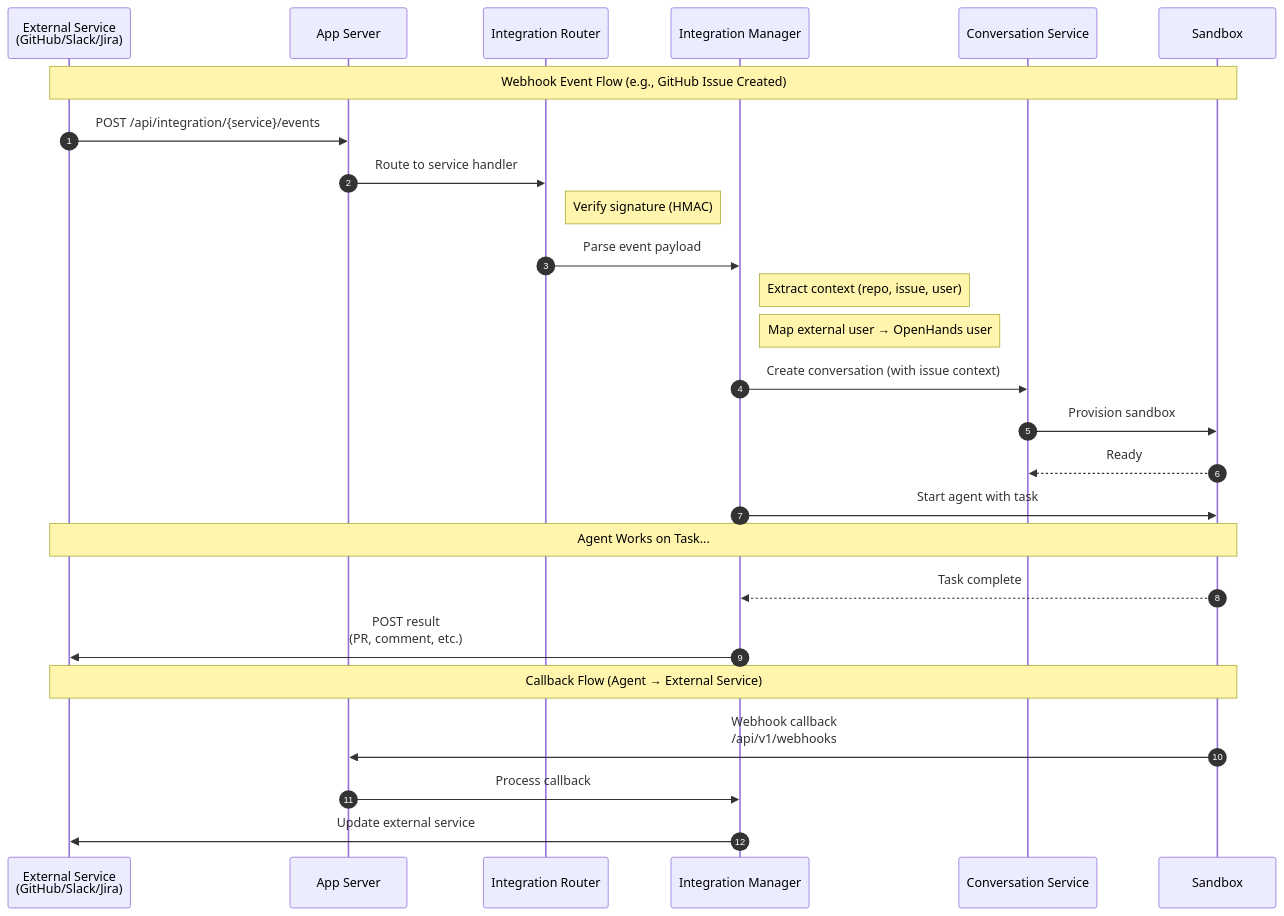
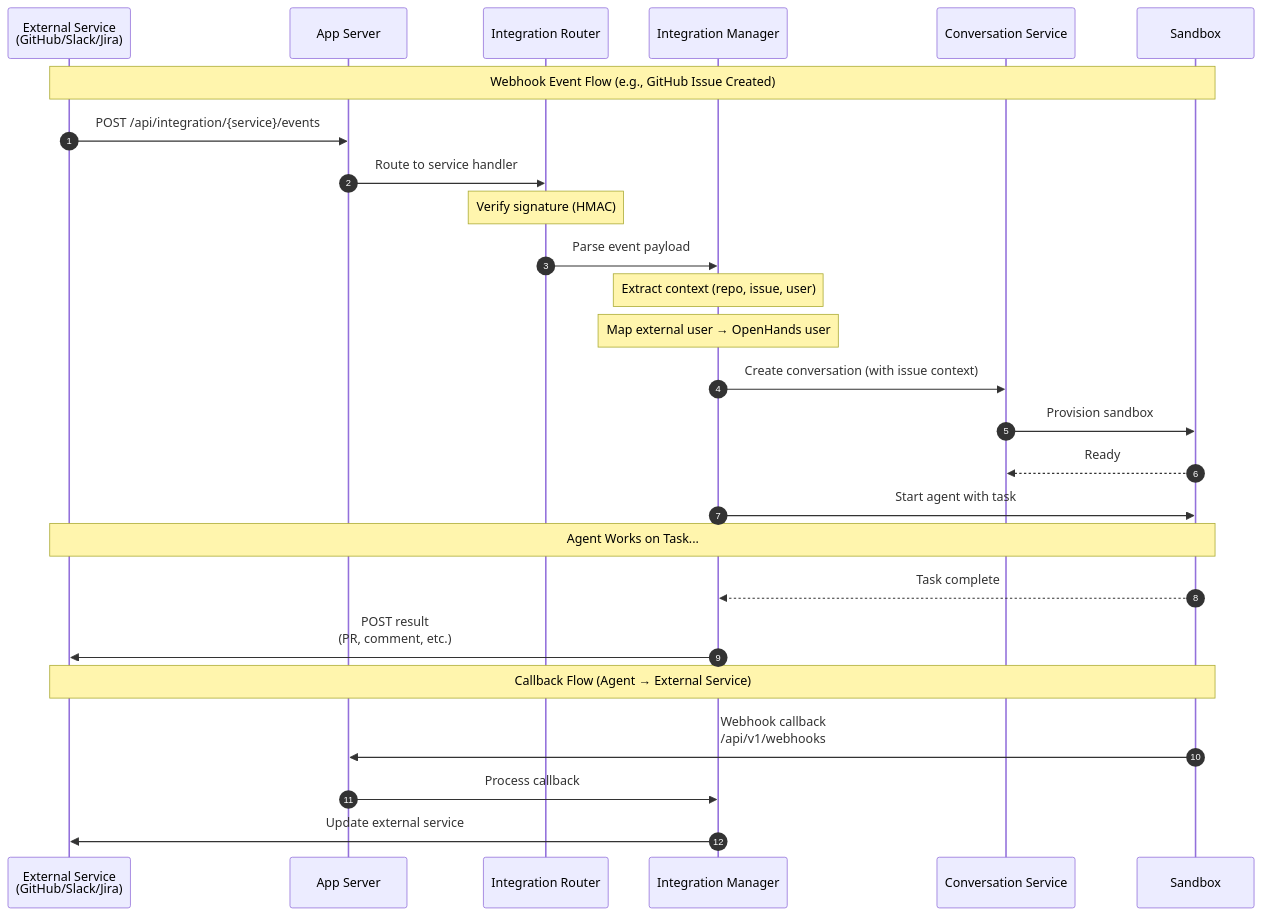
One commit to huangkevin-apr/OpenHands changed the diagram in enterprise/doc/architecture/external-integrations.md. Above: the diagram before and after it, drawn with Mermaid. The commit also changed 3 other files, not shown here.

````diff
--- a/enterprise/doc/architecture/external-integrations.md
+++ b/enterprise/doc/architecture/external-integrations.md
@@ -5,37 +5,37 @@
 ```mermaid
 sequenceDiagram
     autonumber
     participant Ext as External Service<br/>(GitHub/Slack/Jira)
     participant App as App Server
     participant IntRouter as Integration Router
     participant Manager as Integration Manager
     participant Conv as Conversation Service
     participant Sandbox as Sandbox
 
     Note over Ext,Sandbox: Webhook Event Flow (e.g., GitHub Issue Created)
 
     Ext->>App: POST /api/integration/{service}/events
     App->>IntRouter: Route to service handler
-    Note right of IntRouter: Verify signature (HMAC)
+    Note over IntRouter: Verify signature (HMAC)
 
     IntRouter->>Manager: Parse event payload
-    Note right of Manager: Extract context (repo, issue, user)
-    Note right of Manager: Map external user → OpenHands user
+    Note over Manager: Extract context (repo, issue, user)
+    Note over Manager: Map external user → OpenHands user
 
     Manager->>Conv: Create conversation (with issue context)
     Conv->>Sandbox: Provision sandbox
     Sandbox-->>Conv: Ready
 
     Manager->>Sandbox: Start agent with task
 
     Note over Ext,Sandbox: Agent Works on Task...
 
     Sandbox-->>Manager: Task complete
     Manager->>Ext: POST result<br/>(PR, comment, etc.)
 
     Note over Ext,Sandbox: Callback Flow (Agent → External Service)
 
     Sandbox->>App: Webhook callback<br/>/api/v1/webhooks
     App->>Manager: Process callback
     Manager->>Ext: Update external service
 ```
````
